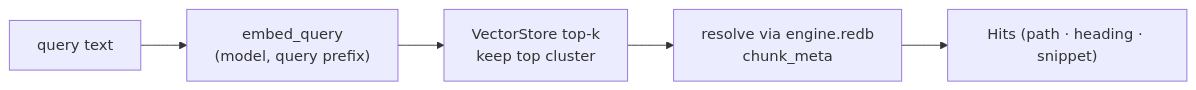
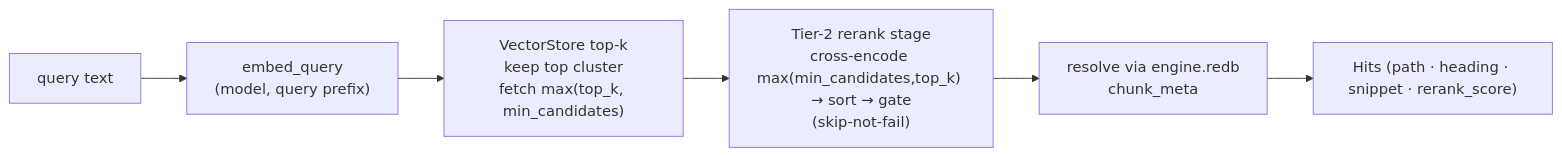
One commit to onebrain-ai/onebrain-cli changed the sixth of 8 diagrams in docs/architecture/search.md. Above: the diagram before and after it, drawn with Mermaid. The commit also changed other lines of this file and 25 other files, not shown here.

First line of the commit message:
feat(search): reranker calibration + tunable top_k/min_candidates/min_score → v3.4.7 (#192)

````diff
--- a/docs/architecture/search.md
+++ b/docs/architecture/search.md
@@ -360,4 +403,4 @@
 ```mermaid
 flowchart LR
-    Q["query text"] --> E["embed_query<br/>(model, query prefix)"] --> V["VectorStore top-k<br/>keep top cluster"] --> M["resolve via engine.redb<br/>chunk_meta"] --> H["Hits (path · heading · snippet)"]
+    Q["query text"] --> E["embed_query<br/>(model, query prefix)"] --> V["VectorStore top-k<br/>keep top cluster<br/>fetch max(top_k, min_candidates)"] --> RR["Tier-2 rerank stage<br/>cross-encode max(min_candidates,top_k) → sort → gate<br/>(skip-not-fail)"] --> M["resolve via engine.redb<br/>chunk_meta"] --> H["Hits (path · heading · snippet · rerank_score)"]
 ```
````
